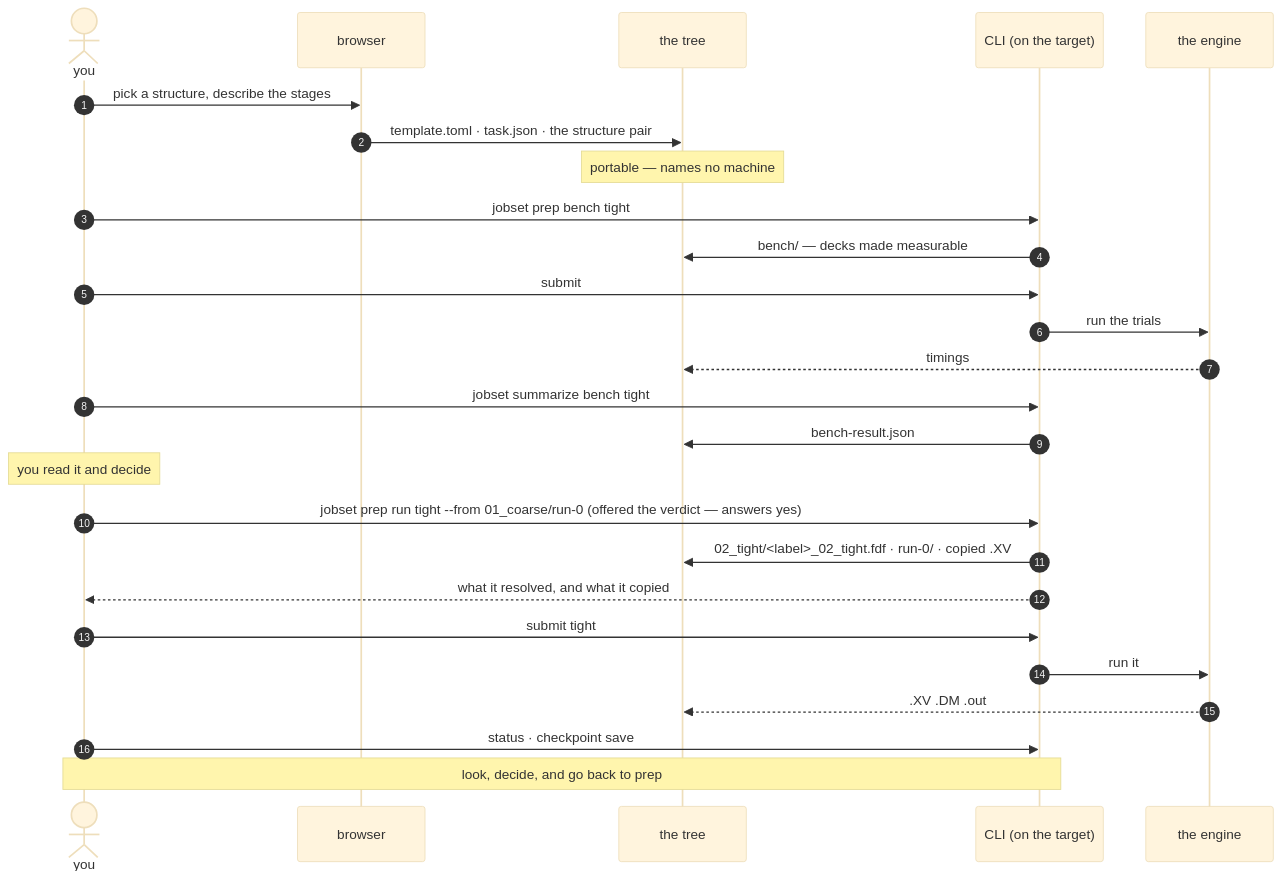
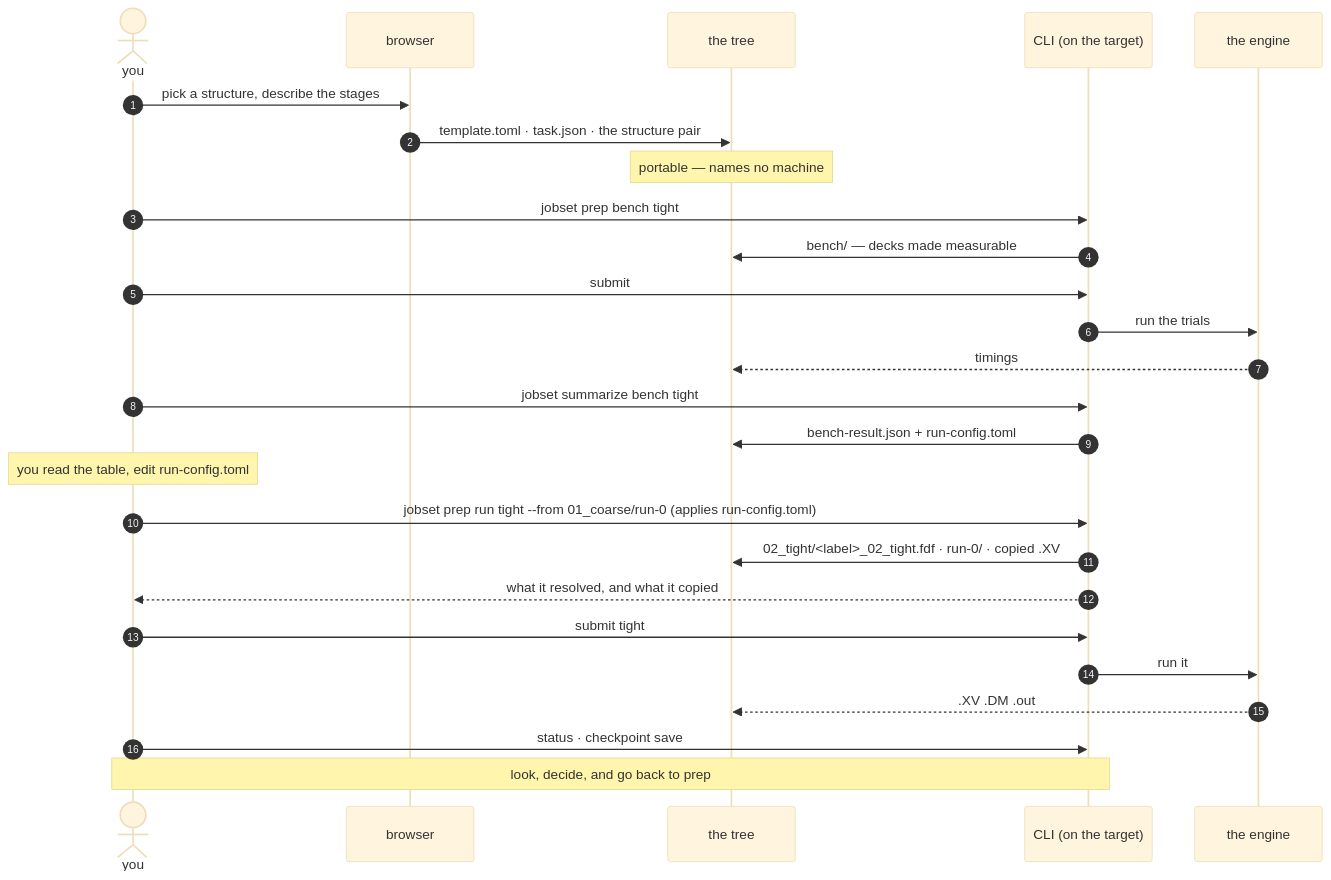
One commit to Qing-LAB/molbuilder changed the ninth of 10 diagrams in docs/execution/project-layout.md. Above: the diagram before and after it, drawn with Mermaid (base theme). The commit also changed other lines of this file and 18 other files, not shown here.

First line of the commit message:
feat(bench): the bench->run connection -- the sweep you declared, measured in a table, decided in a file

````diff
--- a/docs/execution/project-layout.md
+++ b/docs/execution/project-layout.md
@@ -1155,33 +1231,33 @@
 ```mermaid
 sequenceDiagram
     autonumber
     actor U as you
     participant B as browser
     participant T as the tree
     participant C as CLI (on the target)
     participant E as the engine
 
     U->>B: pick a structure, describe the stages
     B->>T: template.toml · task.json · the structure pair
     Note over T: portable — names no machine
 
     U->>C: jobset prep bench tight
     C->>T: bench/ — decks made measurable
     U->>C: submit
     C->>E: run the trials
     E-->>T: timings
     U->>C: jobset summarize bench tight
-    C->>T: bench-result.json
+    C->>T: bench-result.json + run-config.toml
 
-    Note over U: you read it and decide
+    Note over U: you read the table, edit run-config.toml
 
-    U->>C: jobset prep run tight --from 01_coarse/run-0 (offered the verdict — answers yes)
+    U->>C: jobset prep run tight --from 01_coarse/run-0 (applies run-config.toml)
     C->>T: 02_tight/<label>_02_tight.fdf · run-0/ · copied .XV
     C-->>U: what it resolved, and what it copied
     U->>C: submit tight
     C->>E: run it
     E-->>T: .XV .DM .out
 
     U->>C: status · checkpoint save
     Note over U,C: look, decide, and go back to prep
 ```
````
